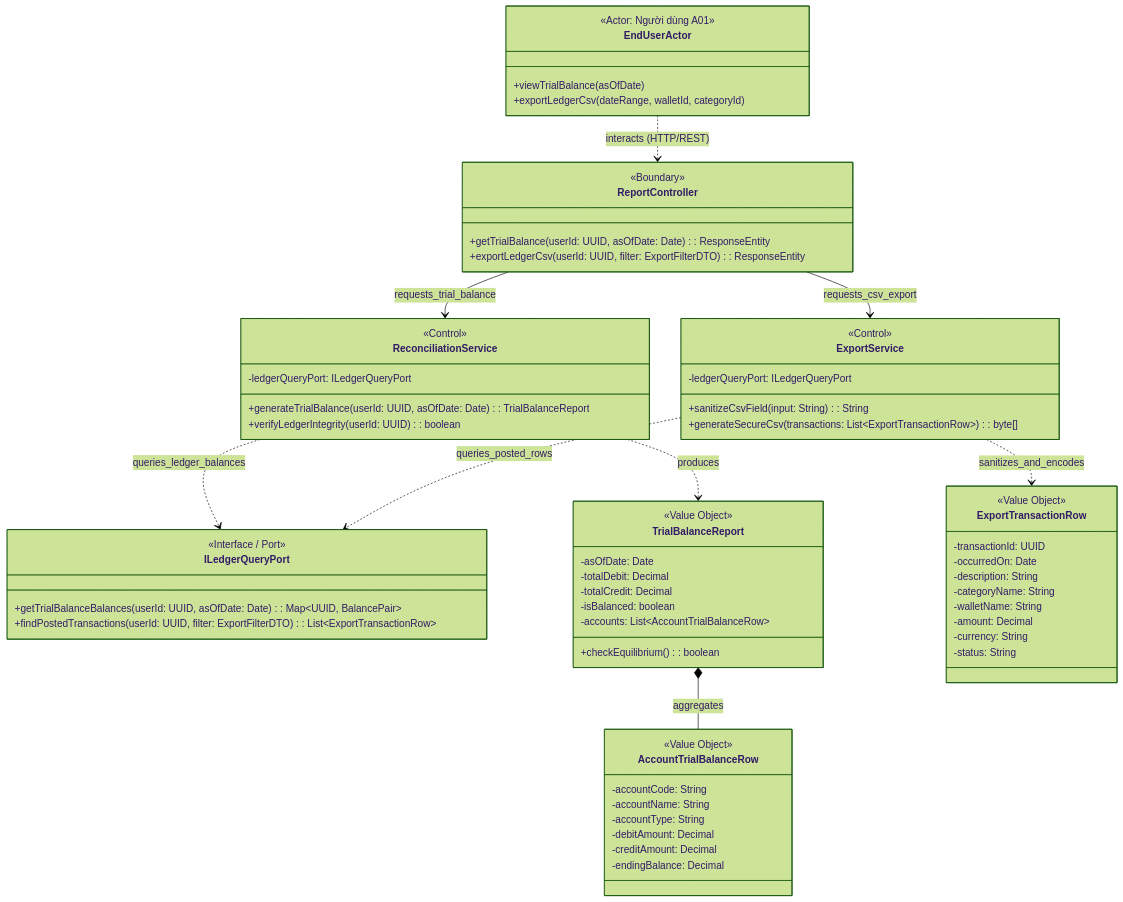
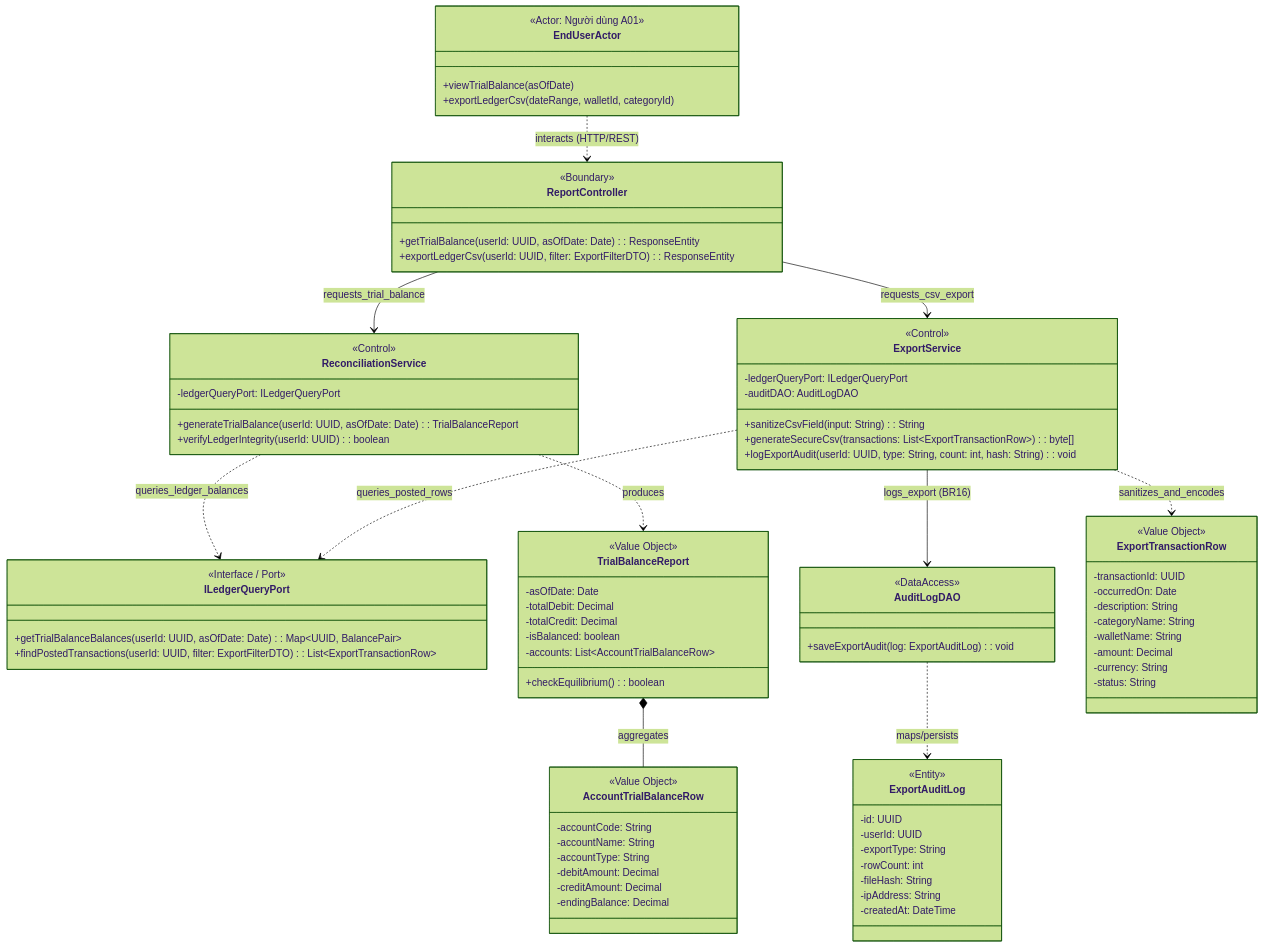
Before and after one commit to huytothevoz/SE---Microfinance-Personal-Wealth-Expense-Tracker: the diagram in docs/02_elaboration/uml_modeling/class_diagram/sources/cd04_reconciliation_csv.mmd, drawn with Mermaid (forest theme). The commit also changed 10 other files, not shown here.

Commit message:
docs(uml): expand BCE to BCE+D with DAO pattern across CD01-CD05

```diff
--- a/docs/02_elaboration/uml_modeling/class_diagram/sources/cd04_reconciliation_csv.mmd
+++ b/docs/02_elaboration/uml_modeling/class_diagram/sources/cd04_reconciliation_csv.mmd
@@ -1,90 +1,113 @@
 classDiagram
     direction TB
 
     %% ==========================================
     %% ACTORS (Tác nhân tương tác)
     %% ==========================================
     class EndUserActor {
         <<Actor: Người dùng A01>>
         +viewTrialBalance(asOfDate)
         +exportLedgerCsv(dateRange, walletId, categoryId)
     }
 
     %% ==========================================
     %% BOUNDARY LAYER (Controllers)
     %% ==========================================
     class ReportController {
         <<Boundary>>
         +getTrialBalance(userId: UUID, asOfDate: Date): ResponseEntity
         +exportLedgerCsv(userId: UUID, filter: ExportFilterDTO): ResponseEntity
     }
 
     %% ==========================================
     %% CONTROL LAYER (Services)
     %% ==========================================
     class ReconciliationService {
         <<Control>>
         -ledgerQueryPort: ILedgerQueryPort
         +generateTrialBalance(userId: UUID, asOfDate: Date): TrialBalanceReport
         +verifyLedgerIntegrity(userId: UUID): boolean
     }
 
     class ExportService {
         <<Control>>
         -ledgerQueryPort: ILedgerQueryPort
+        -auditDAO: AuditLogDAO
         +sanitizeCsvField(input: String): String
         +generateSecureCsv(transactions: List~ExportTransactionRow~): byte[]
+        +logExportAudit(userId: UUID, type: String, count: int, hash: String): void
     }
 
     class ILedgerQueryPort {
         <<Interface / Port>>
         +getTrialBalanceBalances(userId: UUID, asOfDate: Date): Map~UUID, BalancePair~
         +findPostedTransactions(userId: UUID, filter: ExportFilterDTO): List~ExportTransactionRow~
     }
 
     %% ==========================================
-    %% VALUE OBJECTS & REPORT DTOs
+    %% DATA ACCESS LAYER (DAOs)
     %% ==========================================
+    class AuditLogDAO {
+        <<DataAccess>>
+        +saveExportAudit(log: ExportAuditLog): void
+    }
+
+    %% ==========================================
+    %% ENTITIES & REPORT VALUE OBJECTS
+    %% ==========================================
+    class ExportAuditLog {
+        <<Entity>>
+        -id: UUID
+        -userId: UUID
+        -exportType: String
+        -rowCount: int
+        -fileHash: String
+        -ipAddress: String
+        -createdAt: DateTime
+    }
+
     class TrialBalanceReport {
         <<Value Object>>
         -asOfDate: Date
         -totalDebit: Decimal
         -totalCredit: Decimal
         -isBalanced: boolean
         -accounts: List~AccountTrialBalanceRow~
         +checkEquilibrium(): boolean
     }
 
     class AccountTrialBalanceRow {
         <<Value Object>>
         -accountCode: String
         -accountName: String
         -accountType: String
         -debitAmount: Decimal
         -creditAmount: Decimal
         -endingBalance: Decimal
     }
 
     class ExportTransactionRow {
         <<Value Object>>
         -transactionId: UUID
         -occurredOn: Date
         -description: String
         -categoryName: String
         -walletName: String
         -amount: Decimal
         -currency: String
         -status: String
     }
 
     %% ==========================================
     %% RELATIONSHIPS & INTERACTIONS
     %% ==========================================
     EndUserActor ..> ReportController : interacts (HTTP/REST)
     ReportController --> ReconciliationService : requests_trial_balance
     ReportController --> ExportService : requests_csv_export
     ReconciliationService ..> ILedgerQueryPort : queries_ledger_balances
     ExportService ..> ILedgerQueryPort : queries_posted_rows
+    ExportService --> AuditLogDAO : logs_export (BR16)
+    AuditLogDAO ..> ExportAuditLog : maps/persists
     ReconciliationService ..> TrialBalanceReport : produces
     TrialBalanceReport *-- AccountTrialBalanceRow : aggregates
     ExportService ..> ExportTransactionRow : sanitizes_and_encodes
```
